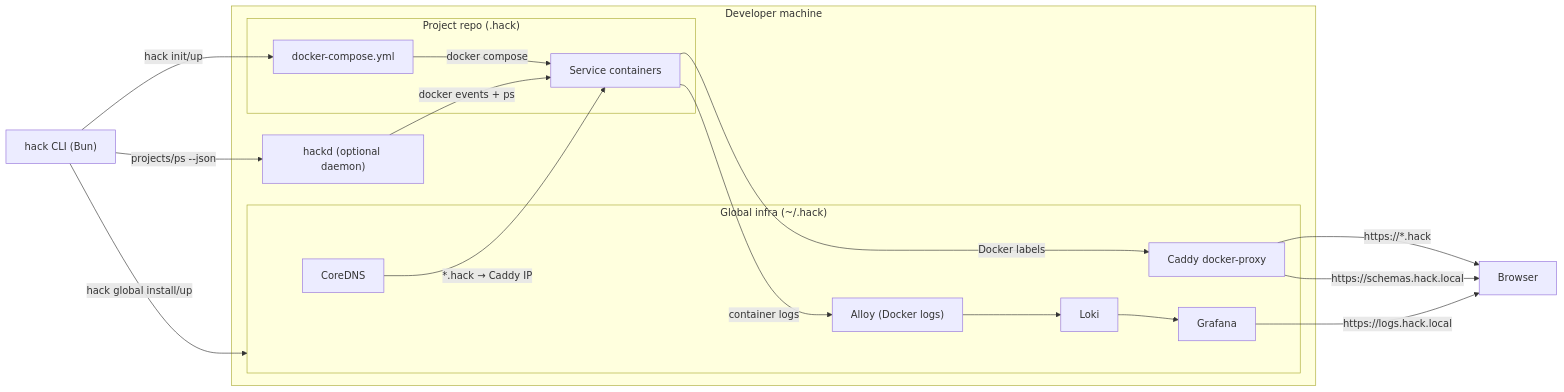
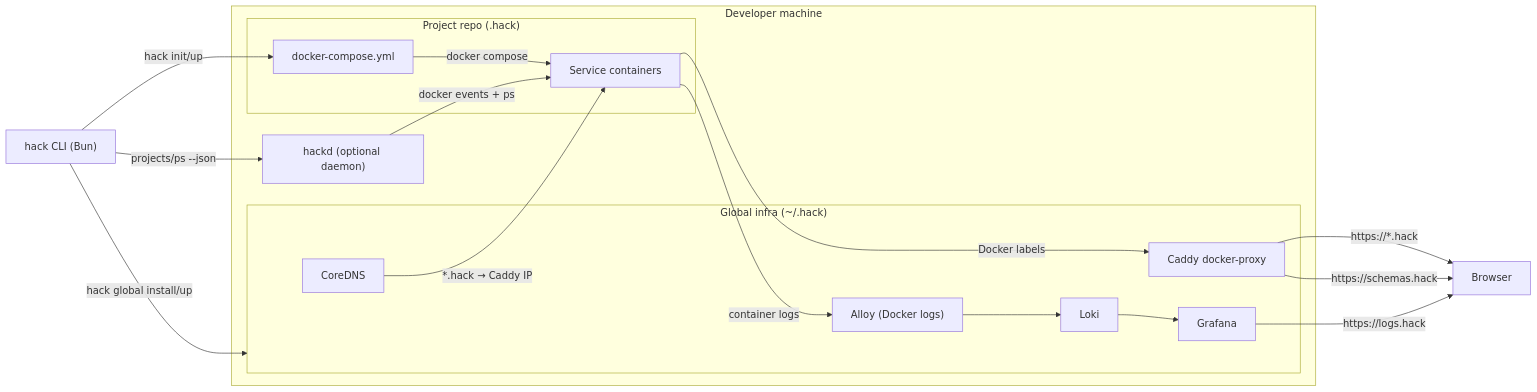
The first of 6 diagrams in docs/architecture.md (hack-dance/hack), drawn with Mermaid before and after one commit. The commit also changed other lines of this file and 1491 other files, not shown here.

First line of the commit message:
chore: preserve M3 v5 source checkpoint (graph-dependency-cache-binding)

````diff
--- a/docs/architecture.md
+++ b/docs/architecture.md
@@ -13,37 +13,37 @@
 ```mermaid
 graph LR
   CLI["hack CLI (Bun)"]
   Browser["Browser"]
 
   subgraph Host["Developer machine"]
   subgraph Global["Global infra (~/.hack)"]
     Caddy["Caddy docker-proxy"]
     CoreDNS["CoreDNS"]
     Loki["Loki"]
     Grafana["Grafana"]
     Alloy["Alloy (Docker logs)"]
   end
 
   subgraph Project["Project repo (.hack)"]
     Compose["docker-compose.yml"]
     Services["Service containers"]
   end
 
   Hackd["hackd (optional daemon)"]
   end
 
   CLI -->|"hack global install/up"| Global
   CLI -->|"hack init/up"| Compose
   Compose -->|"docker compose"| Services
   CLI -->|"projects/ps --json"| Hackd
   Hackd -->|"docker events + ps"| Services
 
   Services -->|"Docker labels"| Caddy
   Services -->|"container logs"| Alloy
   Alloy --> Loki --> Grafana
 
   CoreDNS -->|"*.hack → Caddy IP"| Services
   Caddy -->|"https://*.hack"| Browser
-  Grafana -->|"https://logs.hack.local"| Browser
-  Caddy -->|"https://schemas.hack.local"| Browser
+  Grafana -->|"https://logs.hack"| Browser
+  Caddy -->|"https://schemas.hack"| Browser
 ```
````
